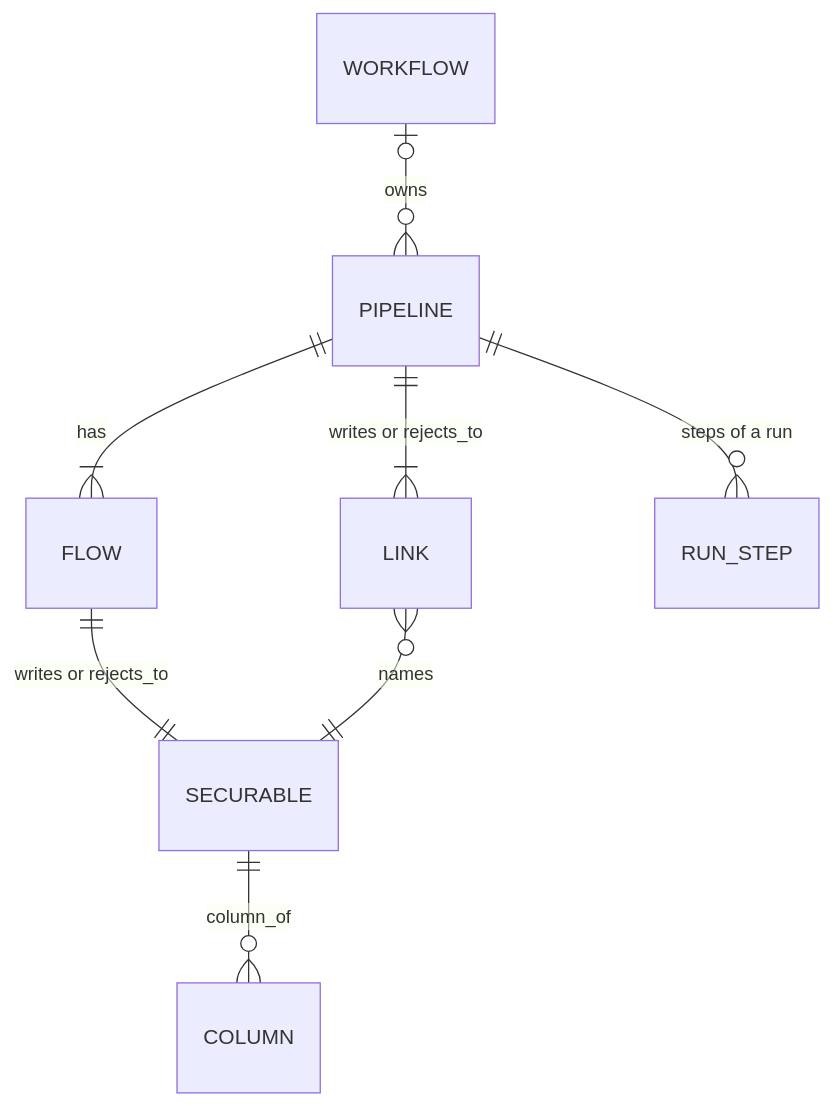
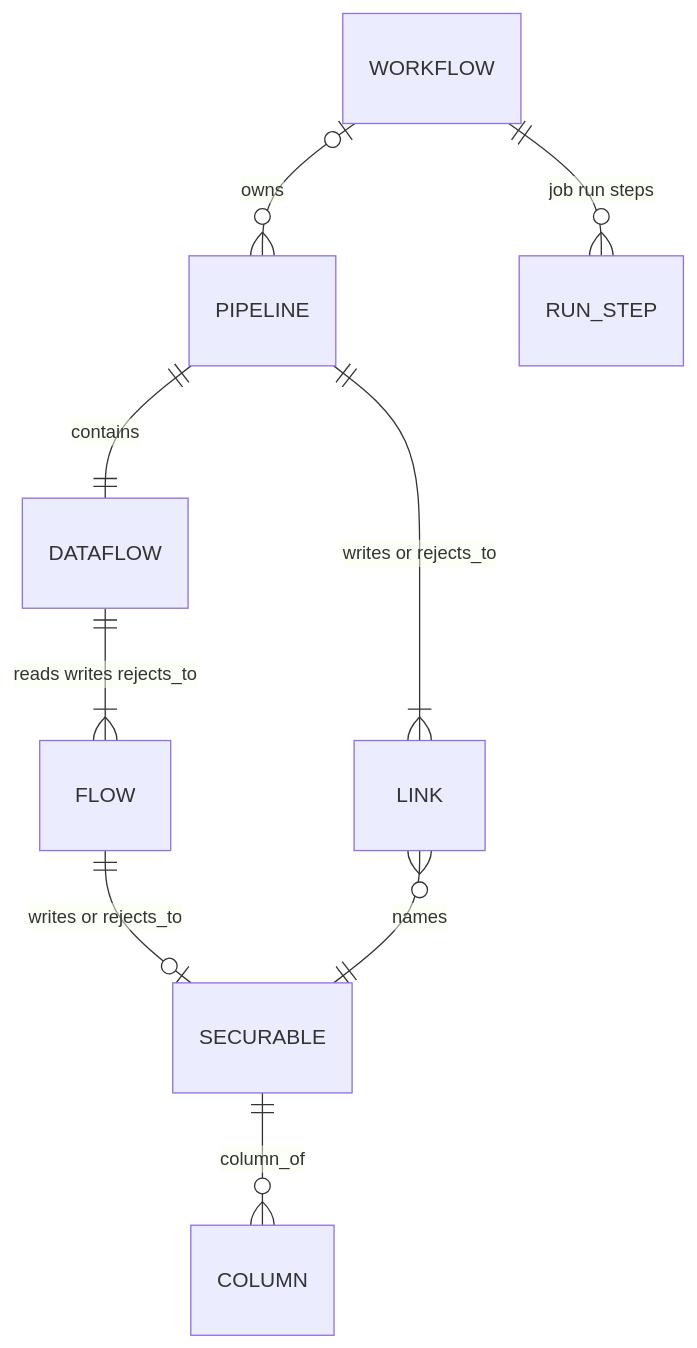
Before and after one commit to NitinKeshavB/framework: the third of 4 diagrams in framework_docs/ARCHITECTURE.md, drawn with Mermaid. The commit also changed other lines of this file and 24 other files, not shown here.

````diff
--- a/framework_docs/ARCHITECTURE.md
+++ b/framework_docs/ARCHITECTURE.md
@@ -90,10 +90,11 @@
 ```mermaid
 erDiagram
   WORKFLOW |o--o{ PIPELINE : owns
-  PIPELINE ||--|{ FLOW : has
-  FLOW ||--|| SECURABLE : "writes or rejects_to"
+  WORKFLOW ||--o{ RUN_STEP : "job run steps"
+  PIPELINE ||--|| DATAFLOW : contains
+  DATAFLOW ||--|{ FLOW : "reads writes rejects_to"
+  FLOW ||--o| SECURABLE : "writes or rejects_to"
   PIPELINE ||--|{ LINK : "writes or rejects_to"
   LINK }o--|| SECURABLE : names
   SECURABLE ||--o{ COLUMN : column_of
-  PIPELINE ||--o{ RUN_STEP : "steps of a run"
 ```
````
